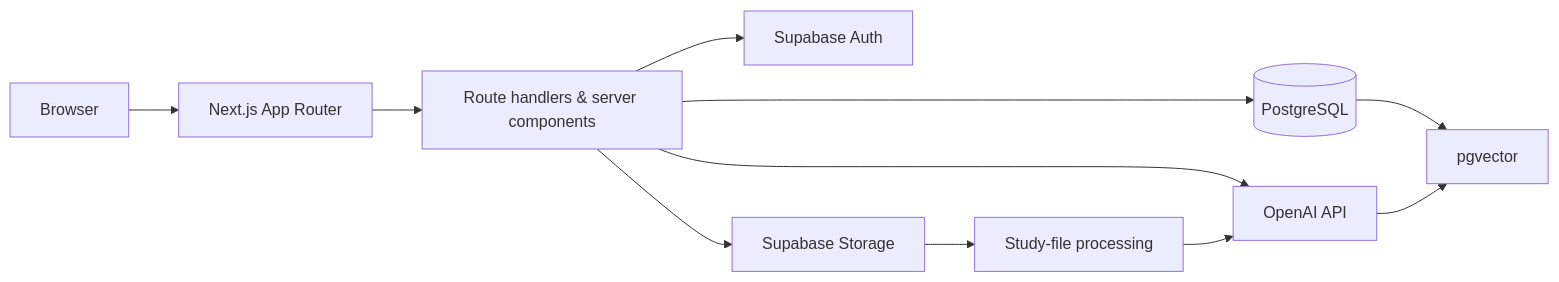
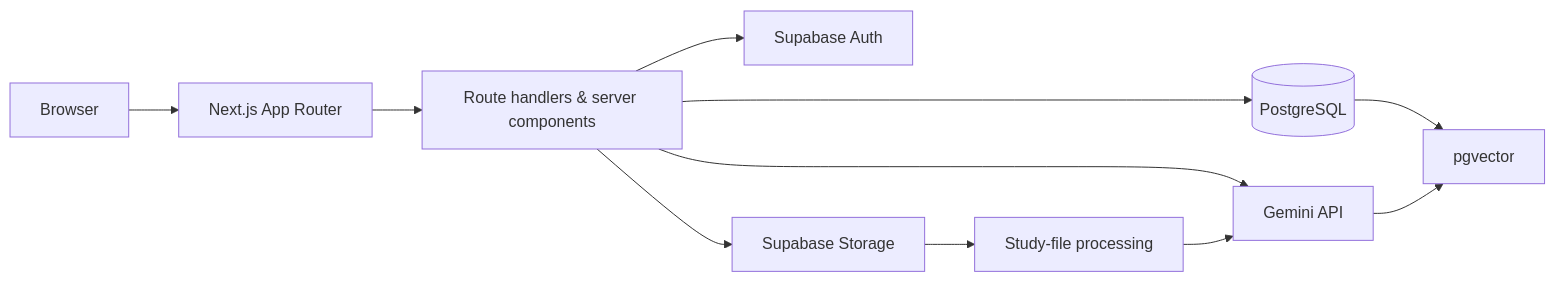
The first of 2 diagrams in README.md (tanishqmehra22/AI), drawn with Mermaid before and after one commit. The commit also changed other lines of this file and 12 other files, not shown here.

First line of the commit message:
feat: switch AI provider from OpenAI to Gemini

````diff
--- a/README.md
+++ b/README.md
@@ -44,13 +44,13 @@
 ```mermaid
 flowchart LR
   B[Browser] --> N[Next.js App Router]
   N --> A[Route handlers & server components]
   A --> S[Supabase Auth]
   A --> P[(PostgreSQL)]
   P --> V[pgvector]
   A --> ST[Supabase Storage]
-  A --> O[OpenAI API]
+  A --> O[Gemini API]
   ST --> D[Study-file processing]
   D --> O
   O --> V
 ```
````
